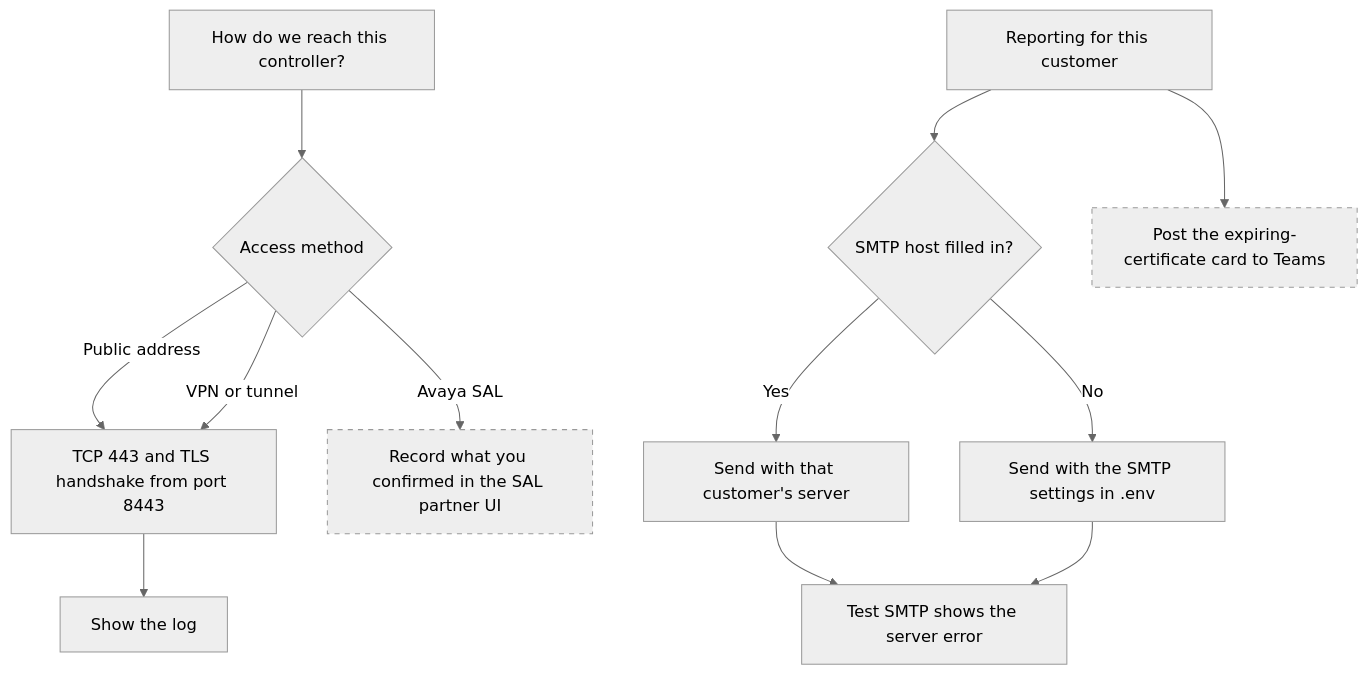
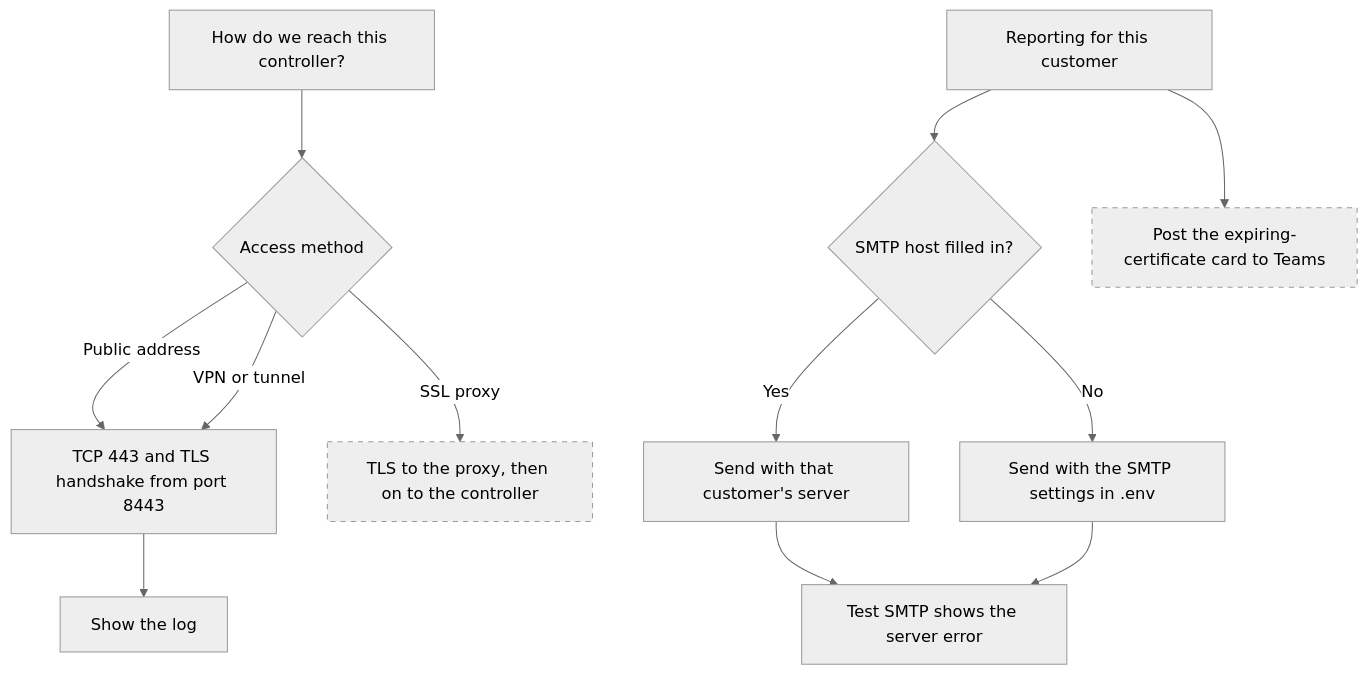
One commit to bmiles-git/avaya-sbce-manager changed the third of 3 diagrams in README.md. Above: the diagram before and after it, drawn with Mermaid (neutral theme). The commit also changed other lines of this file and 8 other files, not shown here.

Commit message:
Prepare CSRs from the stored certificate and replace SAL with an SSL proxy.

````diff
--- a/README.md
+++ b/README.md
@@ -80,18 +80,18 @@
 ```mermaid
 flowchart TD
   reach[How do we reach this controller?]
   reach --> method{Access method}
   method -->|Public address| probe[TCP 443 and TLS handshake from port 8443]
   method -->|VPN or tunnel| probe
-  method -->|Avaya SAL| sal[Record what you confirmed in the SAL partner UI]
+  method -->|SSL proxy| sal[TLS to the proxy, then on to the controller]
   probe --> log[Show the log]
   report[Reporting for this customer]
   report --> smtp{SMTP host filled in?}
   smtp -->|Yes| customerMail[Send with that customer's server]
   smtp -->|No| hostMail[Send with the SMTP settings in .env]
   customerMail --> test[Test SMTP shows the server error]
   hostMail --> test
   report --> teams[Post the expiring-certificate card to Teams]
   class sal,teams gap
   classDef gap stroke-dasharray: 5 5
 ```
````
